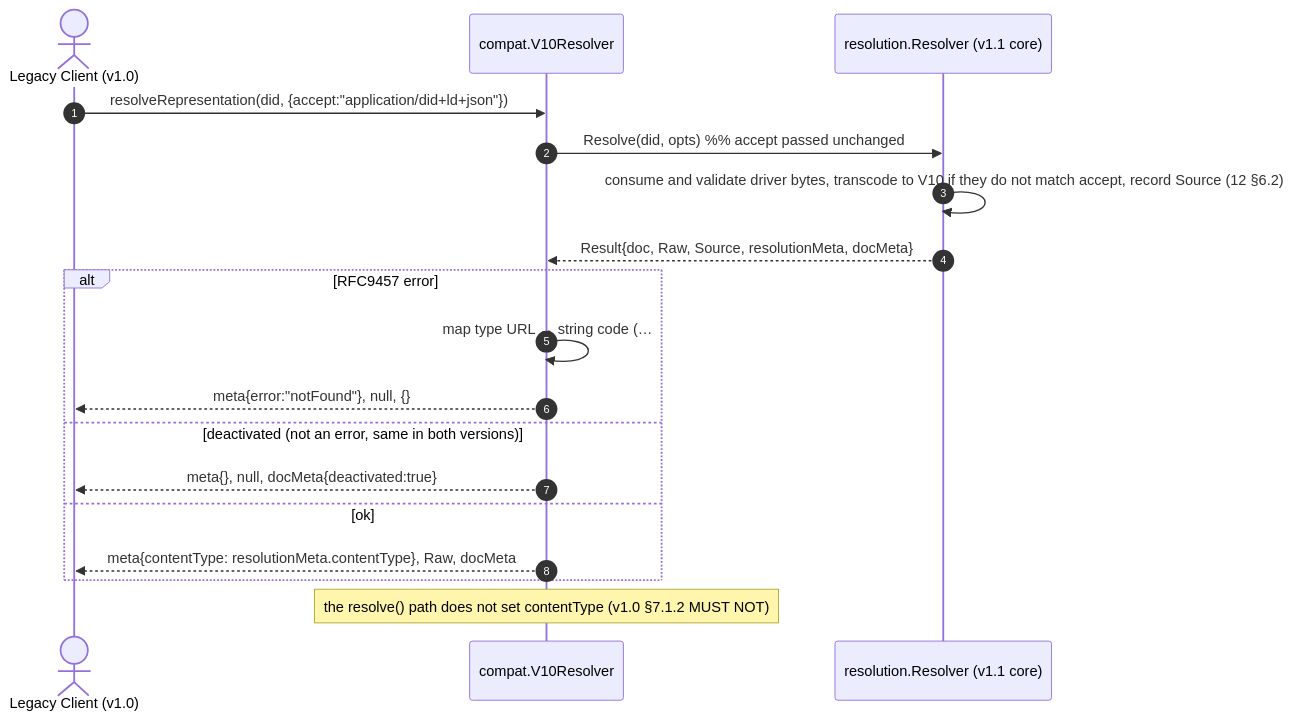
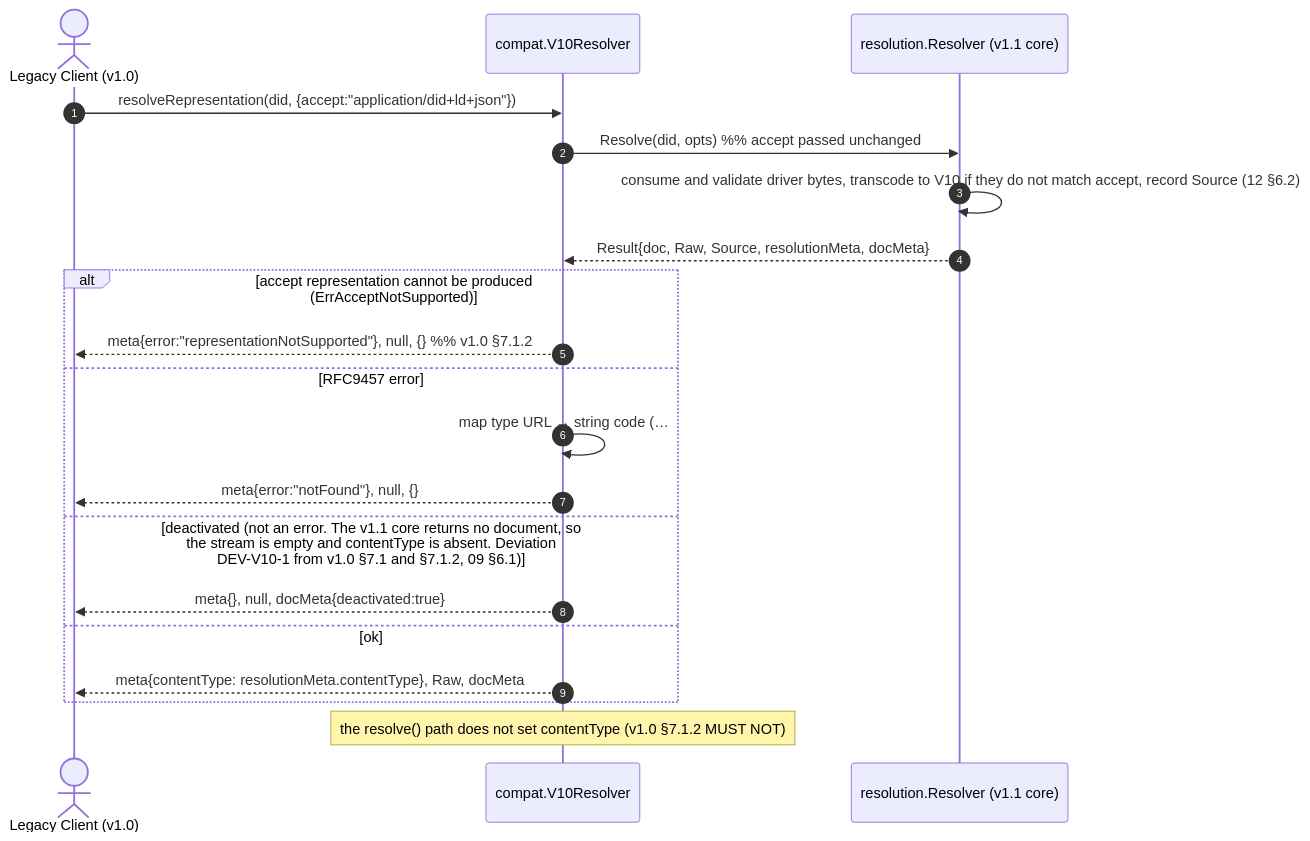
Before and after one commit to SAGE-X-project/did-go: the tenth of 10 diagrams in docs/02-sequence-diagrams.md, drawn with Mermaid. The commit also changed other lines of this file and 13 other files, not shown here.

````diff
--- a/docs/02-sequence-diagrams.md
+++ b/docs/02-sequence-diagrams.md
@@ -295,21 +319,23 @@
 ```mermaid
 sequenceDiagram
     autonumber
     actor L as Legacy Client (v1.0)
     participant C10 as compat.V10Resolver
     participant R as resolution.Resolver (v1.1 core)
 
     L->>C10: resolveRepresentation(did, {accept:"application/did+ld+json"})
     C10->>R: Resolve(did, opts)  %% accept passed unchanged
     R->>R: consume and validate driver bytes, transcode to V10 if they do not match accept, record Source (12 §6.2)
     R-->>C10: Result{doc, Raw, Source, resolutionMeta, docMeta}
-    alt RFC9457 error
+    alt accept representation cannot be produced (ErrAcceptNotSupported)
+        C10-->>L: meta{error:"representationNotSupported"}, null, {}  %% v1.0 §7.1.2
+    else RFC9457 error
         C10->>C10: map type URL → string code (…#NOT_FOUND → "notFound", 09 §6.1)
         C10-->>L: meta{error:"notFound"}, null, {}
-    else deactivated (not an error, same in both versions)
+    else deactivated (not an error. The v1.1 core returns no document, so the stream is empty and contentType is absent. Deviation DEV-V10-1 from v1.0 §7.1 and §7.1.2, 09 §6.1)
         C10-->>L: meta{}, null, docMeta{deactivated:true}
     else ok
         C10-->>L: meta{contentType: resolutionMeta.contentType}, Raw, docMeta
     end
     Note over C10: the resolve() path does not set contentType (v1.0 §7.1.2 MUST NOT)
 ```
````
